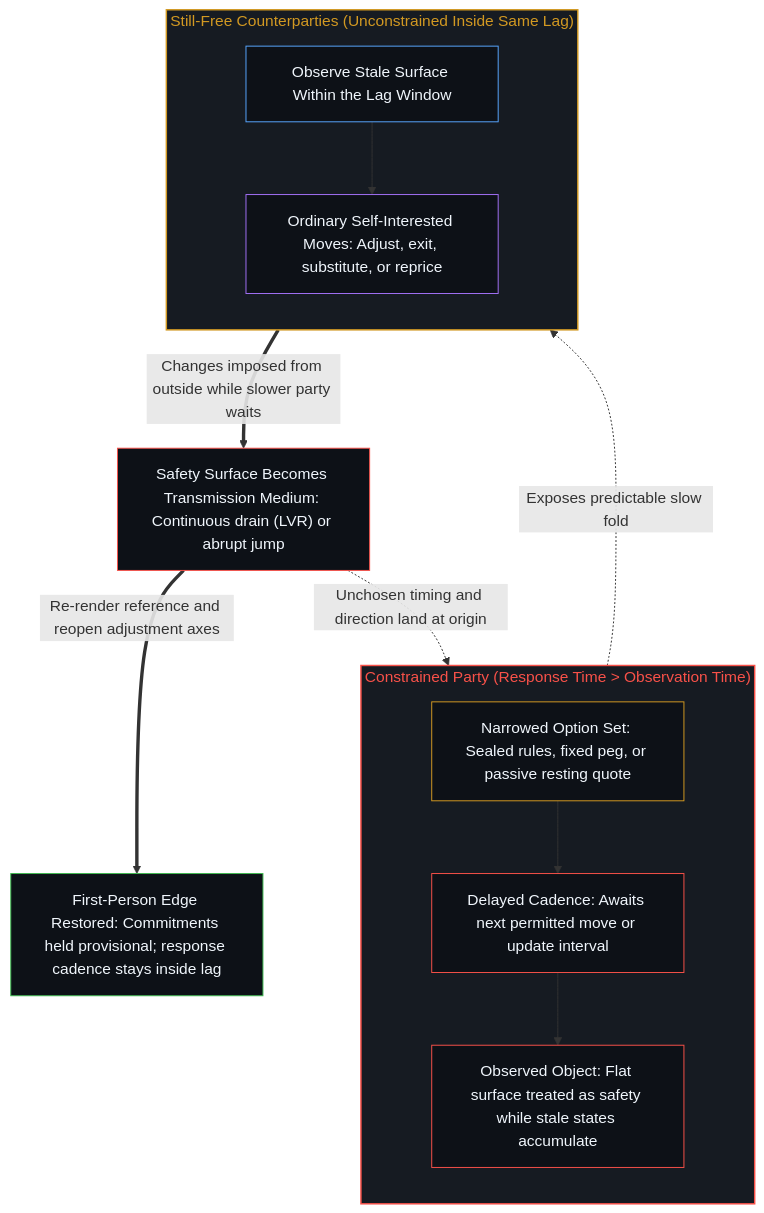
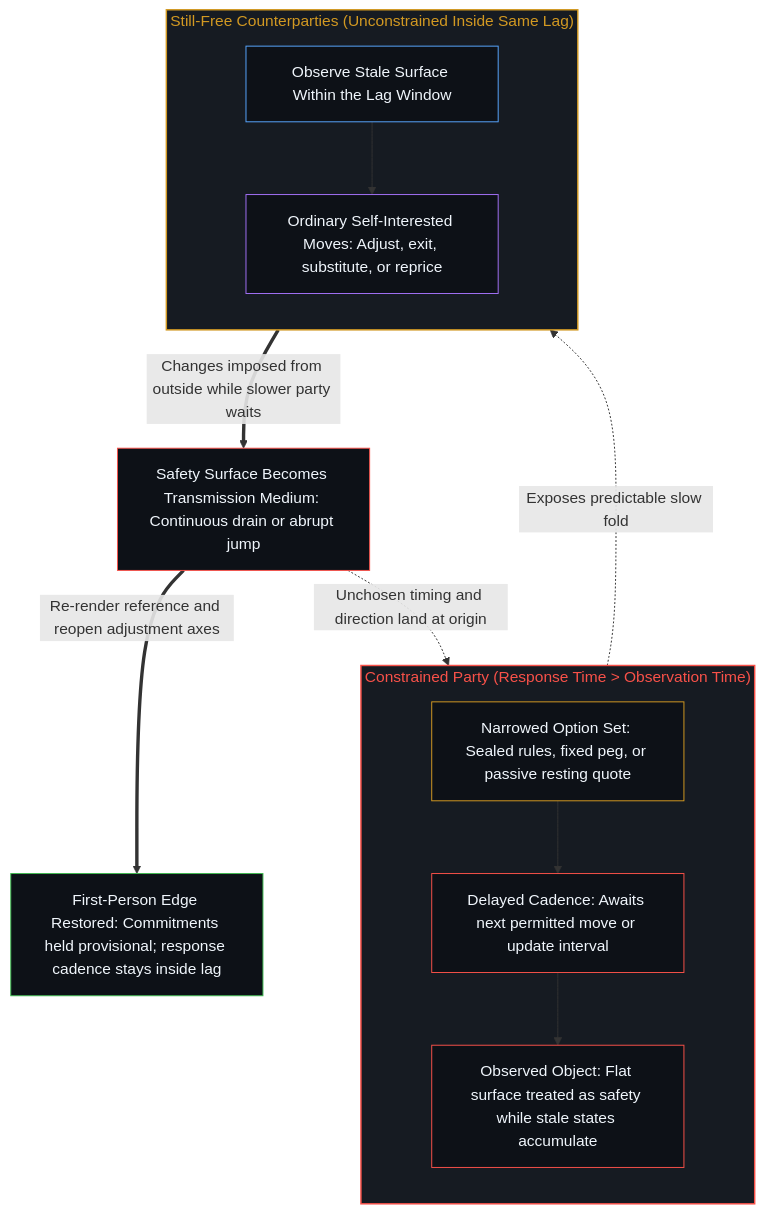
The fourth of 4 diagrams in content/posts/observation-lag-and-the-inversion-of-optionality.md (powerpig99/not-a-toe), drawn with Mermaid before and after one commit. The commit also changed other lines of this file and 24 other files, not shown here.

````diff
--- a/content/posts/observation-lag-and-the-inversion-of-optionality.md
+++ b/content/posts/observation-lag-and-the-inversion-of-optionality.md
@@ -151,31 +147,31 @@
 ```mermaid
 flowchart TD
     subgraph S_Constrained["Constrained Party (Response Time > Observation Time)"]
         direction TB
         C_Lock["Narrowed Option Set: Sealed rules, fixed peg, or passive resting quote"]
         C_Wait["Delayed Cadence: Awaits next permitted move or update interval"]
         C_Obj["Observed Object: Flat surface treated as safety while stale states accumulate"]
         C_Lock --> C_Wait --> C_Obj
     end
     subgraph S_Free["Still-Free Counterparties (Unconstrained Inside Same Lag)"]
         direction TB
         F_See["Observe Stale Surface Within the Lag Window"]
         F_Act["Ordinary Self-Interested Moves: Adjust, exit, substitute, or reprice"]
         F_See --> F_Act
     end
-    M_Impact["Safety Surface Becomes Transmission Medium: Continuous drain (LVR) or abrupt jump"]
+    M_Impact["Safety Surface Becomes Transmission Medium: Continuous drain or abrupt jump"]
     R_Edge["First-Person Edge Restored: Commitments held provisional; response cadence stays inside lag"]
     C_Obj -.->|"Exposes predictable slow fold"| F_See
     F_Act ==>|"Changes imposed from outside while slower party waits"| M_Impact
     M_Impact -.->|"Unchosen timing and direction land at origin"| C_Wait
     M_Impact ==>|"Re-render reference and reopen adjustment axes"| R_Edge
     style S_Constrained fill:#161b22,stroke:#f85149,stroke-width:1.5px,color:#f85149
     style S_Free fill:#161b22,stroke:#d29922,stroke-width:1.5px,color:#d29922
     style C_Lock fill:#0d1117,stroke:#d29922,stroke-width:1px,color:#f0f6fc
     style C_Wait fill:#0d1117,stroke:#f85149,stroke-width:1px,color:#f0f6fc
     style C_Obj fill:#0d1117,stroke:#f85149,stroke-width:1px,color:#f0f6fc
     style F_See fill:#0d1117,stroke:#58a6ff,stroke-width:1px,color:#f0f6fc
     style F_Act fill:#0d1117,stroke:#a371f7,stroke-width:1px,color:#f0f6fc
     style M_Impact fill:#0d1117,stroke:#f85149,stroke-width:1px,color:#f0f6fc
     style R_Edge fill:#0d1117,stroke:#3fb950,stroke-width:1px,color:#f0f6fc
 ```
````
